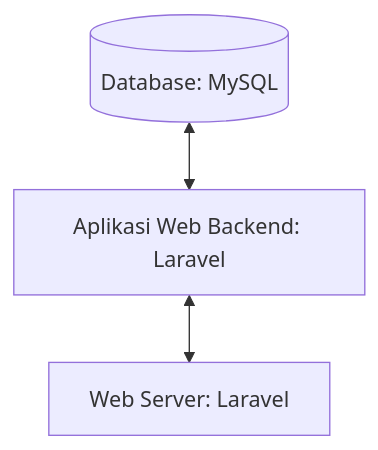
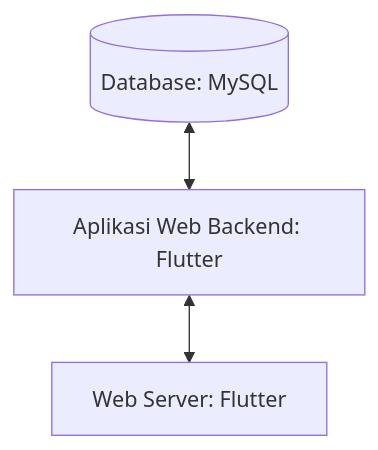
The diagram in README.md (Breynaputra27/Job-Interview), drawn with Mermaid before and after one commit.

````diff
--- a/README.md
+++ b/README.md
@@ -46,4 +46,4 @@
 ```mermaid
 flowchart TD
-    id1[(Database: MySQL)] <--> id2[Aplikasi Web Backend: Laravel] <--> id3[Web Server: Laravel]  
+    id1[(Database: MySQL)] <--> id2[Aplikasi Web Backend: Flutter] <--> id3[Web Server: Flutter]  
 ```
````
